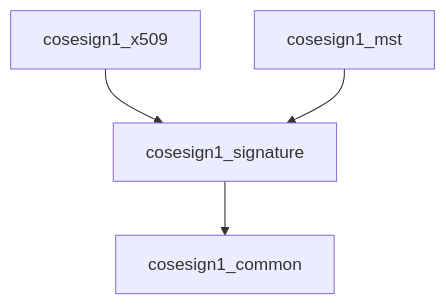
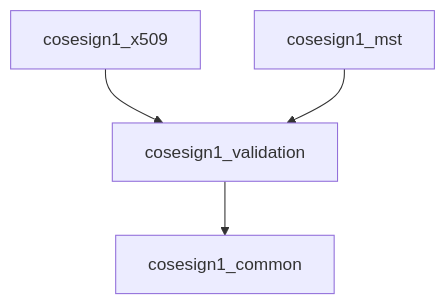
Before and after one commit to microsoft/CoseSignTool: the first of 4 diagrams in native/docs/architecture.md, drawn with Mermaid. The commit also changed other lines of this file and 49 other files, not shown here.

````diff
--- a/native/docs/architecture.md
+++ b/native/docs/architecture.md
@@ -25,11 +25,11 @@
 ```mermaid
 graph TD
   common[cosesign1_common]
-  signature[cosesign1_signature]
+  signature[cosesign1_validation]
   x509[cosesign1_x509]
   mst[cosesign1_mst]
 
   signature --> common
   x509 --> signature
   mst --> signature
 ```
````
